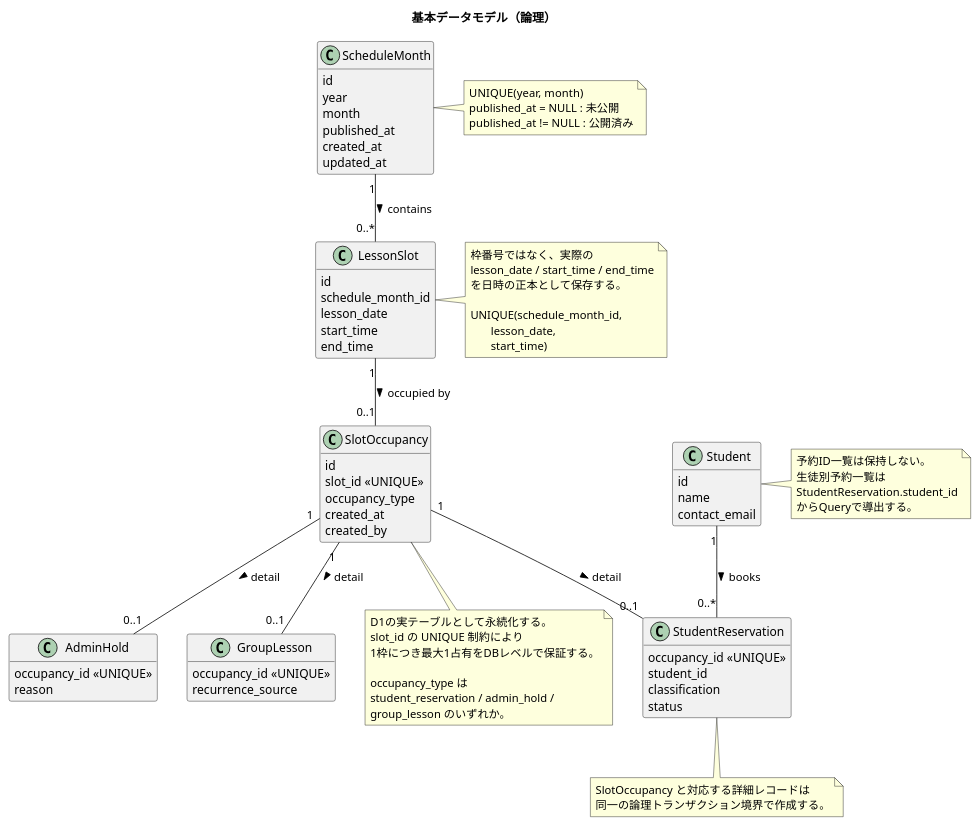
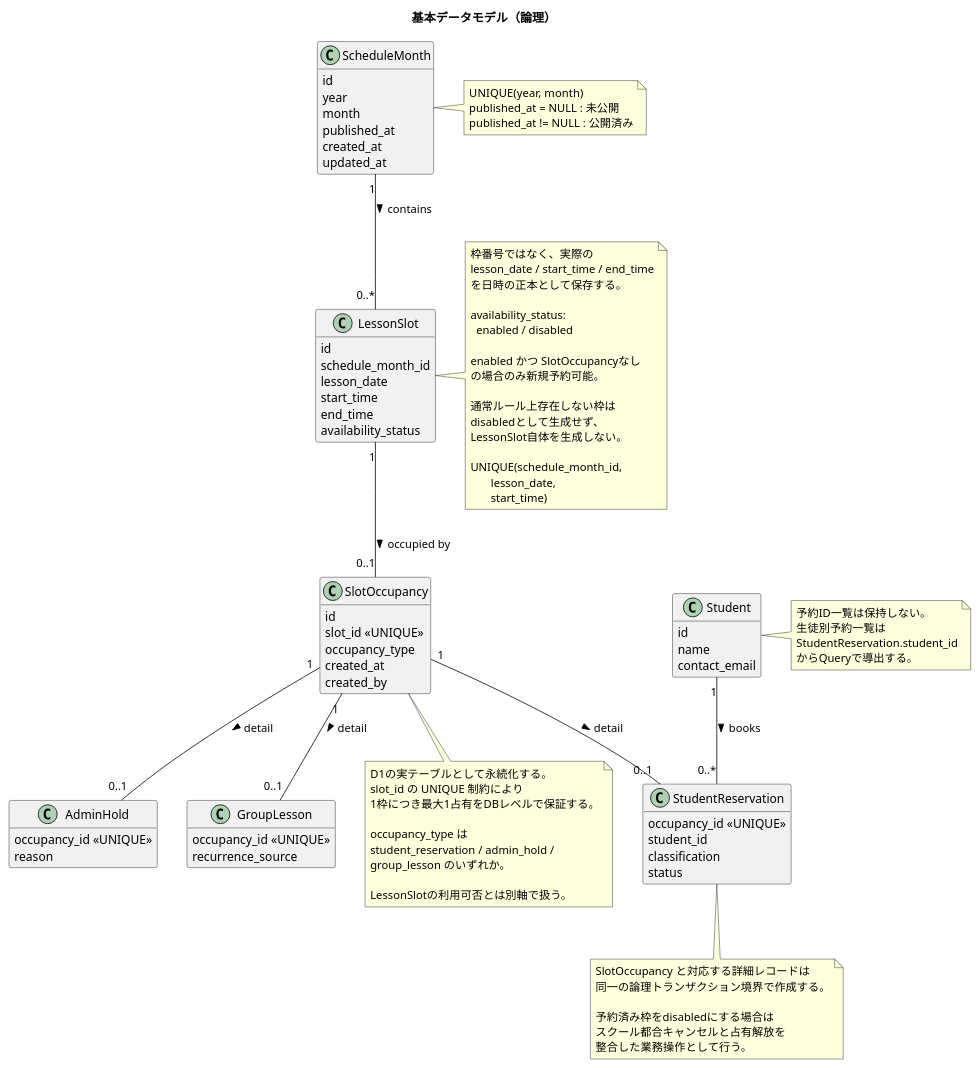
Before and after one commit to suzukure/nssscdl: the diagram in docs/diagrams/plantuml/data-model-overview.puml, drawn with PlantUML.

Commit message:
Add LessonSlot availability state to data model

```diff
--- a/docs/diagrams/plantuml/data-model-overview.puml
+++ b/docs/diagrams/plantuml/data-model-overview.puml
@@ -1,101 +1,118 @@
 @startuml
 hide methods
 hide stereotypes
 skinparam classAttributeIconSize 0
 
 title 基本データモデル（論理）
 
 class Student {
   id
   name
   contact_email
 }
 
 class ScheduleMonth {
   id
   year
   month
   published_at
   created_at
   updated_at
 }
 
 class LessonSlot {
   id
   schedule_month_id
   lesson_date
   start_time
   end_time
+  availability_status
 }
 
 class SlotOccupancy {
   id
   slot_id <<UNIQUE>>
   occupancy_type
   created_at
   created_by
 }
 
 class StudentReservation {
   occupancy_id <<UNIQUE>>
   student_id
   classification
   status
 }
 
 class AdminHold {
   occupancy_id <<UNIQUE>>
   reason
 }
 
 class GroupLesson {
   occupancy_id <<UNIQUE>>
   recurrence_source
 }
 
 ScheduleMonth "1" -- "0..*" LessonSlot : contains >
 Student "1" -- "0..*" StudentReservation : books >
 LessonSlot "1" -- "0..1" SlotOccupancy : occupied by >
 SlotOccupancy "1" -- "0..1" StudentReservation : detail >
 SlotOccupancy "1" -- "0..1" AdminHold : detail >
 SlotOccupancy "1" -- "0..1" GroupLesson : detail >
 
 note right of ScheduleMonth
   UNIQUE(year, month)
   published_at = NULL : 未公開
   published_at != NULL : 公開済み
 end note
 
 note right of LessonSlot
   枠番号ではなく、実際の
   lesson_date / start_time / end_time
   を日時の正本として保存する。
 
+  availability_status:
+    enabled / disabled
+
+  enabled かつ SlotOccupancyなし
+  の場合のみ新規予約可能。
+
+  通常ルール上存在しない枠は
+  disabledとして生成せず、
+  LessonSlot自体を生成しない。
+
   UNIQUE(schedule_month_id,
          lesson_date,
          start_time)
 end note
 
 note right of Student
   予約ID一覧は保持しない。
   生徒別予約一覧は
   StudentReservation.student_id
   からQueryで導出する。
 end note
 
 note bottom of SlotOccupancy
   D1の実テーブルとして永続化する。
   slot_id の UNIQUE 制約により
   1枠につき最大1占有をDBレベルで保証する。
 
   occupancy_type は
   student_reservation / admin_hold /
   group_lesson のいずれか。
+
+  LessonSlotの利用可否とは別軸で扱う。
 end note
 
 note bottom of StudentReservation
   SlotOccupancy と対応する詳細レコードは
   同一の論理トランザクション境界で作成する。
+
+  予約済み枠をdisabledにする場合は
+  スクール都合キャンセルと占有解放を
+  整合した業務操作として行う。
 end note
 
 @enduml
```
